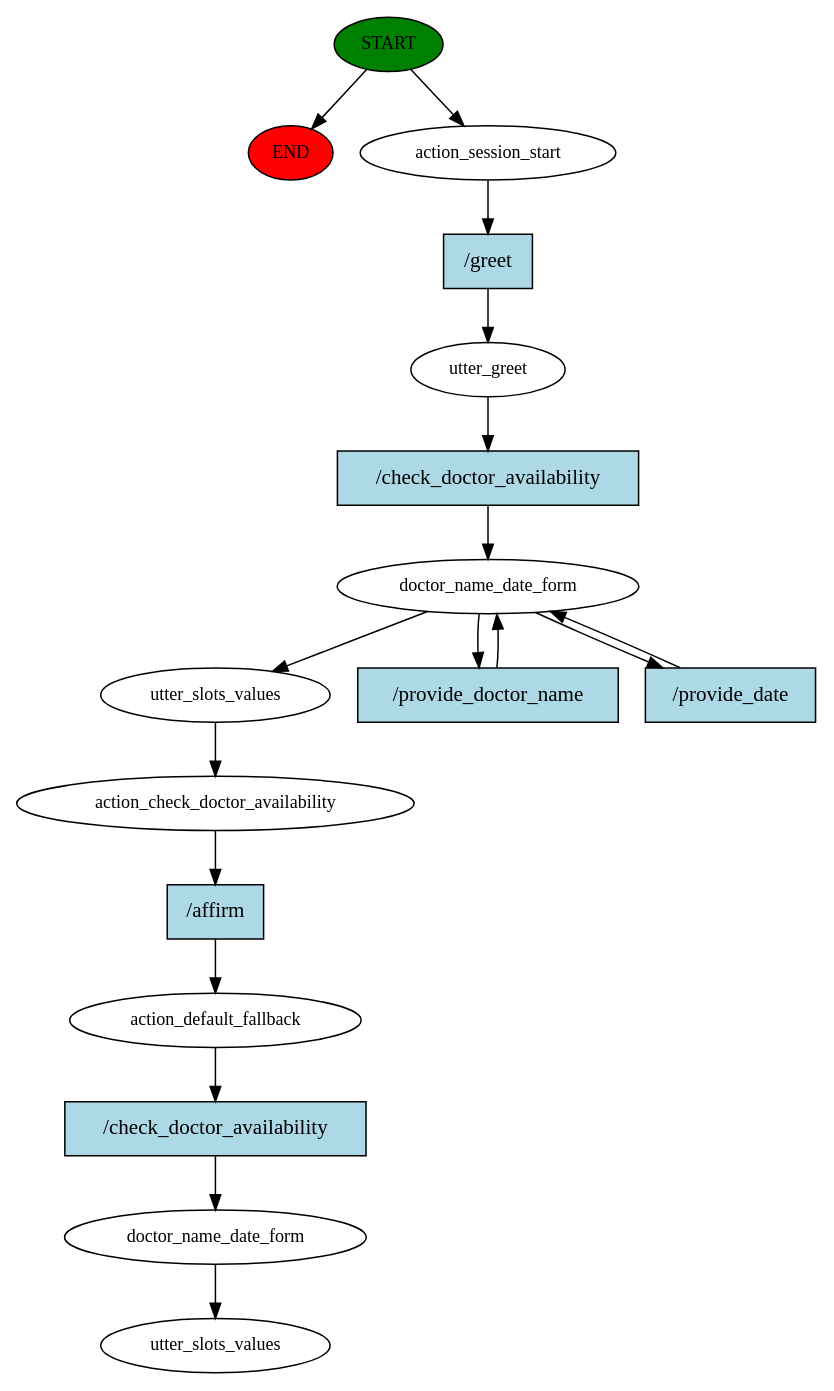
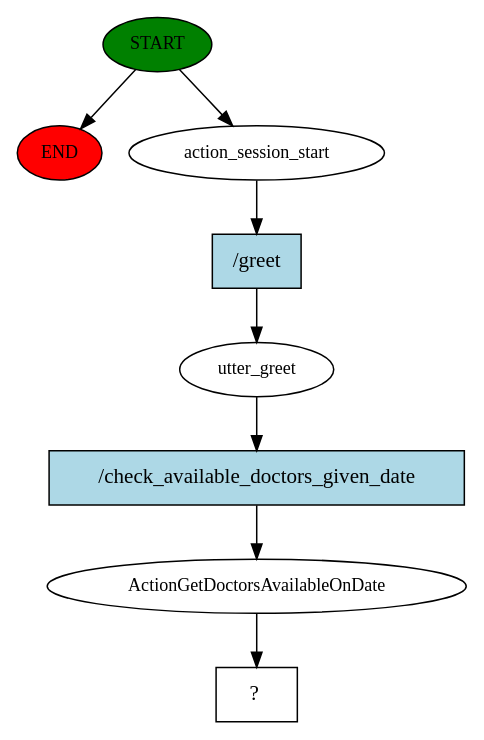
One commit to RuwanUdayanga/Chatbot3.0 changed the diagram in story_graph.dot. Above: the diagram before and after it, drawn with Graphviz. The commit also changed 5 other files, not shown here.

```diff
--- a/story_graph.dot
+++ b/story_graph.dot
@@ -1,35 +1,17 @@
 digraph  {
 0 [class="start active", fillcolor=green, fontsize=12, label=START, style=filled];
 "-1" [class=end, fillcolor=red, fontsize=12, label=END, style=filled];
 1 [class=active, fontsize=12, label=action_session_start];
 2 [class=active, fontsize=12, label=utter_greet];
-3 [class=active, fontsize=12, label=doctor_name_date_form];
-6 [class=active, fontsize=12, label=utter_slots_values];
-7 [class=active, fontsize=12, label=action_check_doctor_availability];
-8 [class=active, fontsize=12, label=action_default_fallback];
-9 [class=active, fontsize=12, label=doctor_name_date_form];
-10 [class="dashed active", fontsize=12, label=utter_slots_values];
-11 [class="intent active", fillcolor=lightblue, label="/greet", shape=rect, style=filled];
-12 [class="intent active", fillcolor=lightblue, label="/check_doctor_availability", shape=rect, style=filled];
-13 [class="intent active", fillcolor=lightblue, label="/provide_doctor_name", shape=rect, style=filled];
-14 [class="intent active", fillcolor=lightblue, label="/provide_date", shape=rect, style=filled];
-15 [class="intent active", fillcolor=lightblue, label="/affirm", shape=rect, style=filled];
-16 [class="intent active", fillcolor=lightblue, label="/check_doctor_availability", shape=rect, style=filled];
+3 [class=active, fontsize=12, label=ActionGetDoctorsAvailableOnDate];
+4 [class="intent dashed active", label="  ?  ", shape=rect];
+5 [class="intent active", fillcolor=lightblue, label="/greet", shape=rect, style=filled];
+6 [class="intent active", fillcolor=lightblue, label="/check_available_doctors_given_date", shape=rect, style=filled];
 0 -> "-1"  [class="", key=NONE, label=""];
 0 -> 1  [class=active, key=NONE, label=""];
-1 -> 11  [class=active, key=0];
-2 -> 12  [class=active, key=0];
-3 -> 6  [class=active, key=NONE, label=""];
-3 -> 13  [class=active, key=0];
-3 -> 14  [class=active, key=0];
-6 -> 7  [class=active, key=NONE, label=""];
-7 -> 15  [class=active, key=0];
-8 -> 16  [class=active, key=0];
-9 -> 10  [class=active, key=NONE, label=""];
-11 -> 2  [class=active, key=0];
-12 -> 3  [class=active, key=0];
-13 -> 3  [class=active, key=0];
-14 -> 3  [class=active, key=0];
-15 -> 8  [class=active, key=0];
-16 -> 9  [class=active, key=0];
+1 -> 5  [class=active, key=0];
+2 -> 6  [class=active, key=0];
+3 -> 4  [class=active, key=NONE, label=""];
+5 -> 2  [class=active, key=0];
+6 -> 3  [class=active, key=0];
 }
```
